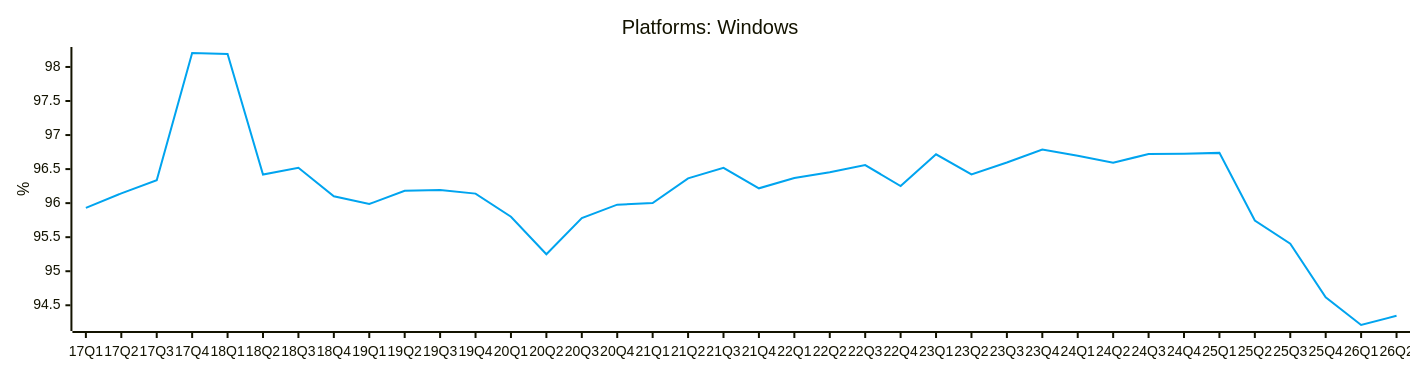
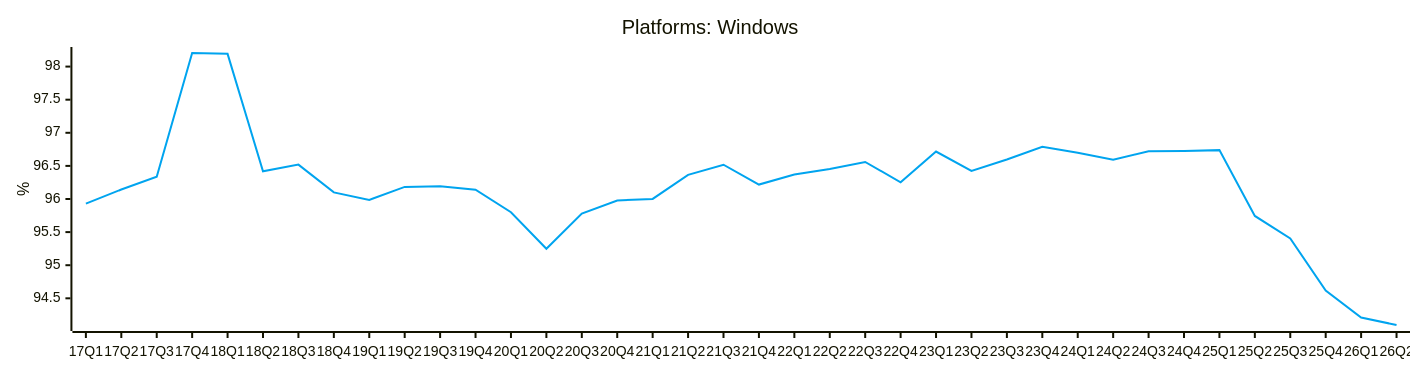
One commit to jdegene/steamHWsurvey changed diagram 13 of 31 in README.md. Above: the diagram before and after it, drawn with Mermaid. The commit also changed other lines of this file and 3 other files, not shown here.

````diff
--- a/README.md
+++ b/README.md
@@ -449,19 +449,19 @@
 ```mermaid
 ---
 config:
     xyChart:
         width: 1400
         height: 350
         
     themeVariables:
         xyChart:
             plotColorPalette: "#00A4EF"
 
 --- 
 
 xychart-beta
     title "Platforms: Windows"
     x-axis [17Q1, 17Q2, 17Q3, 17Q4, 18Q1, 18Q2, 18Q3, 18Q4, 19Q1, 19Q2, 19Q3, 19Q4, 20Q1, 20Q2, 20Q3, 20Q4, 21Q1, 21Q2, 21Q3, 21Q4, 22Q1, 22Q2, 22Q3, 22Q4, 23Q1, 23Q2, 23Q3, 23Q4, 24Q1, 24Q2, 24Q3, 24Q4, 25Q1, 25Q2, 25Q3, 25Q4, 26Q1, 26Q2]
     y-axis "%" 
-    line [95.93077157802871, 96.14358153189218, 96.335797352114, 98.2051556994227, 98.19224868254285, 96.41927606149704, 96.5195047886008, 96.09970461570235, 95.98653029864667, 96.18231901638656, 96.19248504877248, 96.13973260690635, 95.79966074962071, 95.24887243795703, 95.77968082937306, 95.97729984600053, 96.00093389366951, 96.3644960136504, 96.51791074644787, 96.21786476146109, 96.36945418071323, 96.45358462278666, 96.559659973536, 96.25178127450455, 96.71672771330697, 96.42300386215724, 96.5964455674196, 96.78761180751577, 96.69704930026714, 96.59410712782618, 96.7203836591232, 96.72614773948945, 96.73812324746858, 95.74425762677885, 95.4048291732717, 94.61750116087791, 94.21011700277774, 94.34571890145396]
+    line [95.93077157802871, 96.14358153189218, 96.335797352114, 98.2051556994227, 98.19224868254287, 96.41927606149704, 96.5195047886008, 96.09970461570235, 95.98653029864667, 96.18231901638656, 96.19248504877248, 96.13973260690635, 95.79966074962071, 95.24887243795703, 95.77968082937306, 95.97729984600053, 96.00093389366951, 96.3644960136504, 96.51791074644787, 96.21786476146109, 96.36945418071323, 96.45358462278666, 96.559659973536, 96.25178127450455, 96.71672771330697, 96.42300386215724, 96.5964455674196, 96.78761180751577, 96.69704930026714, 96.59410712782618, 96.72038365912319, 96.72614773948945, 96.73812324746858, 95.74425762677885, 95.4048291732717, 94.61750116087791, 94.21011700277774, 94.09693667389394]
 ``` 
````
